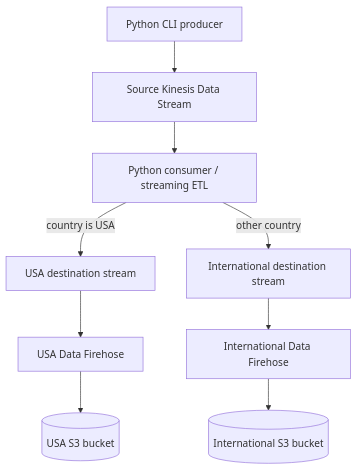
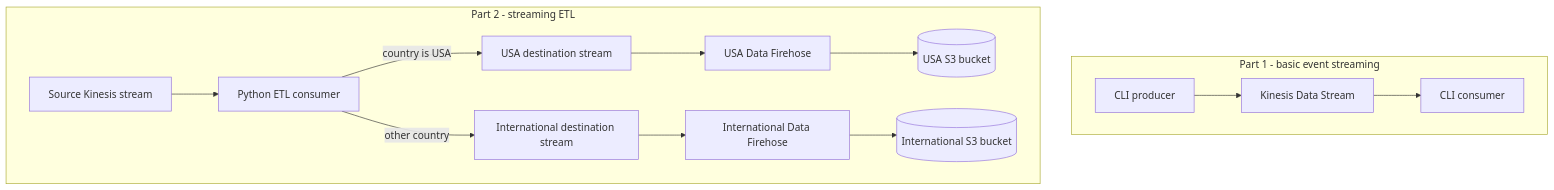
The diagram in docs/ARCHITECTURE.md (rajm5113/aws-kinesis-streaming-etl-pipeline), drawn with Mermaid before and after one commit. The commit also changed other lines of this file and 25 other files, not shown here.

Commit message:
Publish complete Kinesis streaming ETL lab project

````diff
--- a/docs/ARCHITECTURE.md
+++ b/docs/ARCHITECTURE.md
@@ -5,11 +5,16 @@
 ```mermaid
 flowchart TD
-    A[Python CLI producer] --> B[Source Kinesis Data Stream]
-    B --> C[Python consumer / streaming ETL]
-    C -->|country is USA| D[USA destination stream]
-    C -->|other country| E[International destination stream]
-    D --> F[USA Data Firehose]
-    E --> G[International Data Firehose]
-    F --> H[(USA S3 bucket)]
-    G --> I[(International S3 bucket)]
+    subgraph Part1[Part 1 - basic event streaming]
+        A[CLI producer] --> B[Kinesis Data Stream]
+        B --> C[CLI consumer]
+    end
+    subgraph Part2[Part 2 - streaming ETL]
+        D[Source Kinesis stream] --> E[Python ETL consumer]
+        E -->|country is USA| F[USA destination stream]
+        E -->|other country| G[International destination stream]
+        F --> H[USA Data Firehose]
+        G --> I[International Data Firehose]
+        H --> J[(USA S3 bucket)]
+        I --> K[(International S3 bucket)]
+    end
 ```
````
